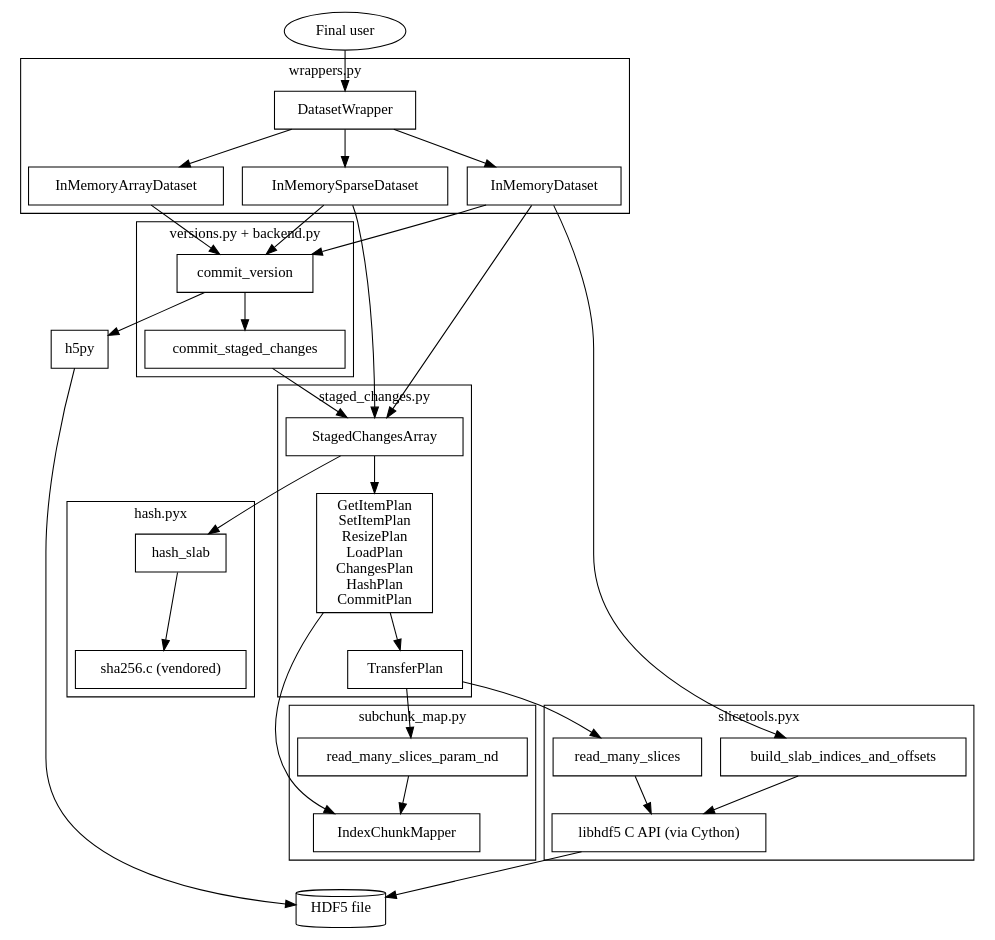
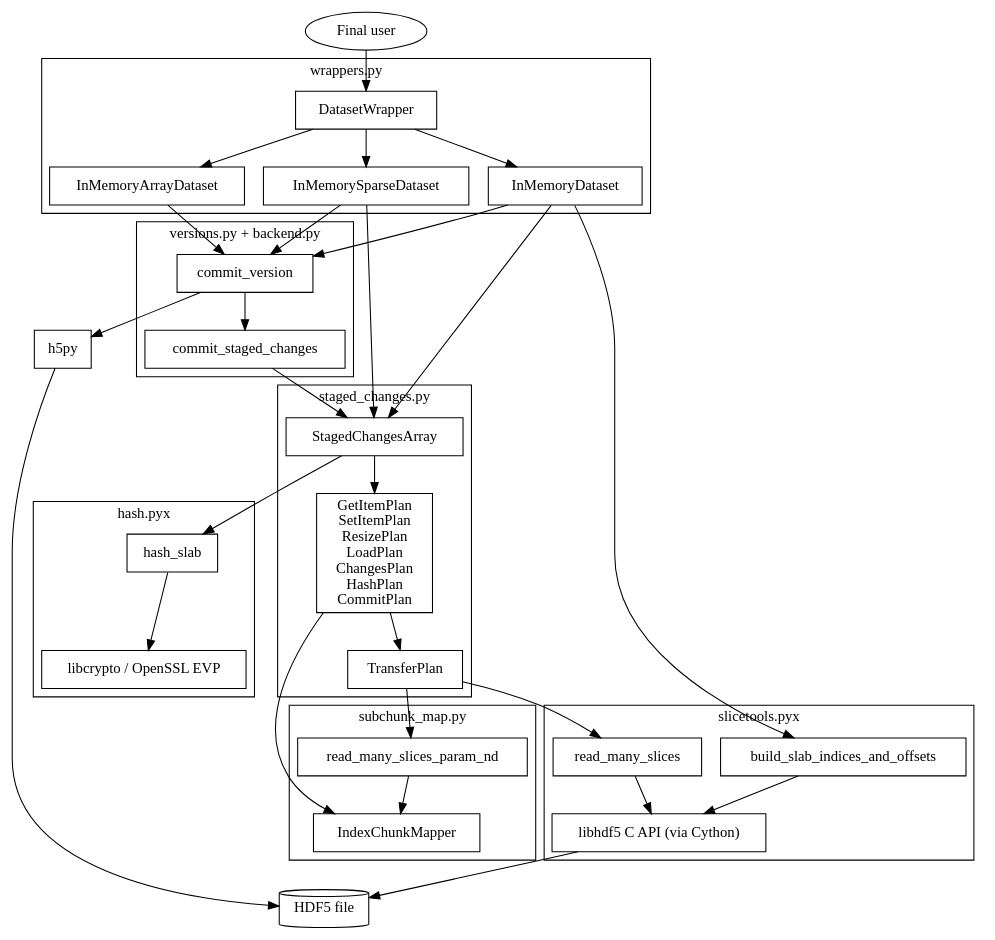
Before and after one commit to crusaderky/versioned-hdf5: the diagram in docs/staged_changes.rst, drawn with Graphviz. The commit also changed 10 other files, not shown here.

Commit message:
Use openssl instead of vendored sha256.c

```diff
--- a/docs/staged_changes.rst
+++ b/docs/staged_changes.rst
@@ -449,77 +449,77 @@
 .. graphviz::
 
   digraph {
       node [shape=box];
 
       user [shape=ellipse; label="Final user"]
 
       subgraph cluster_0 {
           label="wrappers.py";
 
           DatasetWrapper -> InMemoryDataset;
           DatasetWrapper -> InMemorySparseDataset;
           DatasetWrapper -> InMemoryArrayDataset;
       }
 
       subgraph cluster_1 {
           label="staged_changes.py";
 
           StagedChangesArray;
           Plans [
               label="GetItemPlan\nSetItemPlan\nResizePlan\nLoadPlan\nChangesPlan\nHashPlan\nCommitPlan";
           ]
 
           StagedChangesArray -> Plans -> TransferPlan;
       }
 
       subgraph cluster_2 {
           label="subchunk_map.py";
 
           read_many_slices_param_nd -> IndexChunkMapper;
       }
 
       subgraph cluster_3 {
           label="slicetools.pyx";
 
           build_slab_indices_and_offsets;
           read_many_slices;
           hdf5_c [label="libhdf5 C API (via Cython)"];
           build_slab_indices_and_offsets -> hdf5_c;
           read_many_slices -> hdf5_c;
       }
 
       subgraph cluster_5 {
           label="hash.pyx";
           hash_slab;
-          sha256c [label="sha256.c (vendored)"];
-          hash_slab -> sha256c;
+          openssl [label="libcrypto / OpenSSL EVP"];
+          hash_slab -> openssl;
       }
 
       subgraph cluster_4 {
           label="versions.py + backend.py";
           commit_version;
           commit_staged_changes;
           commit_version -> commit_staged_changes;
       }
 
       user -> DatasetWrapper;
 
       InMemoryDataset -> StagedChangesArray;
       InMemoryDataset -> build_slab_indices_and_offsets;
       InMemorySparseDataset -> StagedChangesArray;
       Plans -> IndexChunkMapper;
       TransferPlan -> read_many_slices;
       TransferPlan -> read_many_slices_param_nd;
       StagedChangesArray -> hash_slab;
 
       InMemorySparseDataset -> commit_version;
       InMemoryArrayDataset -> commit_version;
       InMemoryDataset -> commit_version;
       commit_staged_changes -> StagedChangesArray;
 
       h5py;
       commit_version -> h5py;
       hdf5_file [label="HDF5 file"; shape=cylinder];
       h5py -> hdf5_file;
       hdf5_c -> hdf5_file;
   }
```
